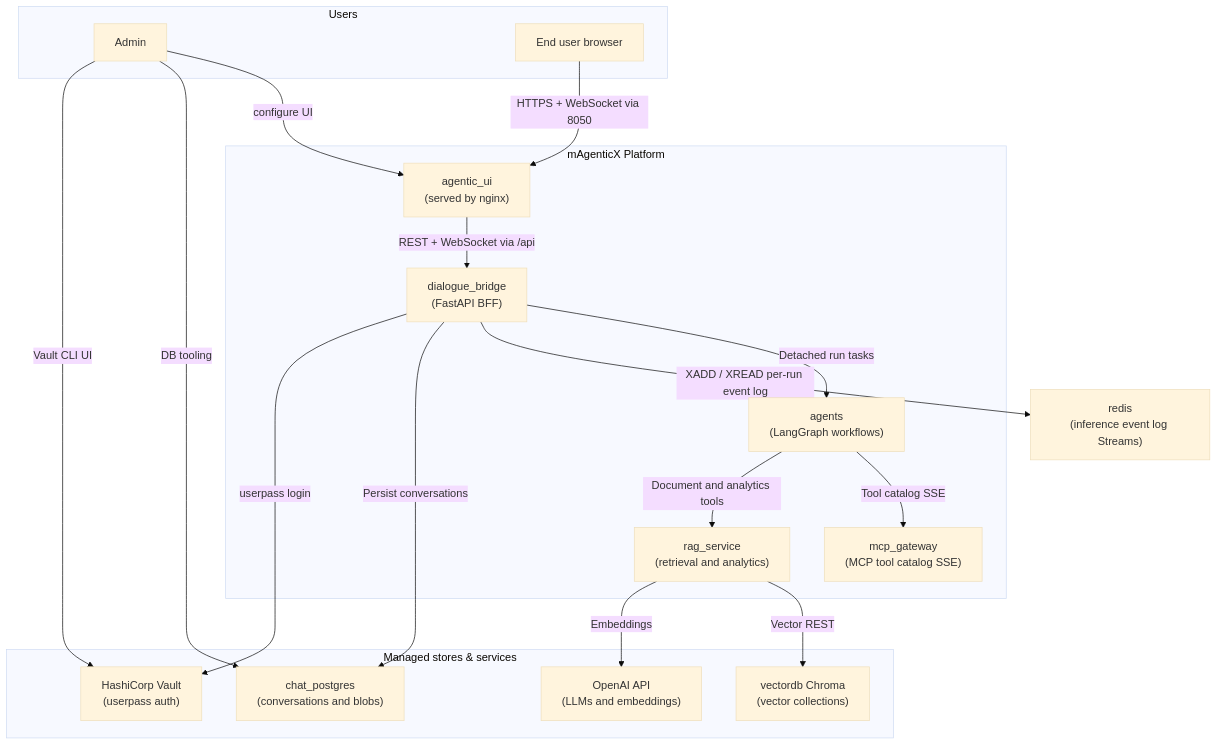
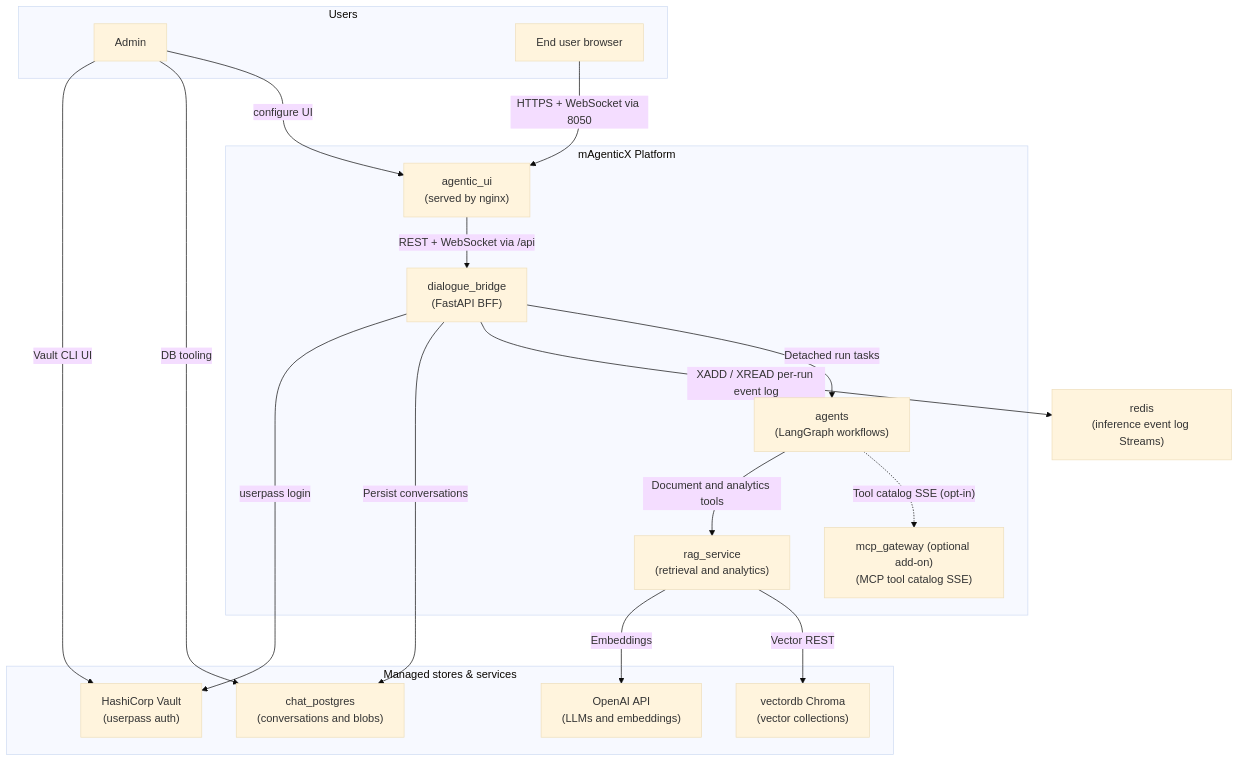
The seventh of 9 diagrams in README.md (konstantinosmpouros/mAgenticX), drawn with Mermaid (base theme) before and after one commit. The commit also changed other lines of this file and 31 other files, not shown here.

````diff
--- a/README.md
+++ b/README.md
@@ -325,36 +325,36 @@
 ```mermaid
 flowchart TB
     subgraph Users["Users"]
         Admin["Admin"]
         Browser["End user browser"]
     end
 
     subgraph Platform["mAgenticX Platform"]
         UI["agentic_ui\n(served by nginx)"]
         Bridge["dialogue_bridge\n(FastAPI BFF)"]
         Agents["agents\n(LangGraph workflows)"]
-        MCP["mcp_gateway\n(MCP tool catalog SSE)"]
+        MCP["mcp_gateway (optional add-on)\n(MCP tool catalog SSE)"]
         RAG["rag_service\n(retrieval and analytics)"]
     end
 
     subgraph Stores["Managed stores & services"]
         PG["chat_postgres\n(conversations and blobs)"]
         Vault["HashiCorp Vault\n(userpass auth)"]
         Chroma["vectordb Chroma\n(vector collections)"]
         OpenAI["OpenAI API\n(LLMs and embeddings)"]
     end
 
     Admin -->|"configure UI"| UI
     Browser -->|"HTTPS + WebSocket via 8050"| UI
     UI -->|"REST + WebSocket via /api"| Bridge
     Bridge -->|"Detached run tasks"| Agents
     Bridge -->|"XADD / XREAD per-run event log"| Redis["redis<br/>(inference event log Streams)"]
-    Agents -->|"Tool catalog SSE"| MCP
+    Agents -.->|"Tool catalog SSE (opt-in)"| MCP
     Bridge -->|"Persist conversations"| PG
     Bridge -->|"userpass login"| Vault
     Agents -->|"Document and analytics tools"| RAG
     RAG -->|"Vector REST"| Chroma
     RAG -->|"Embeddings"| OpenAI
     Admin -->|"DB tooling"| PG
     Admin -->|"Vault CLI UI"| Vault
 ```
````
